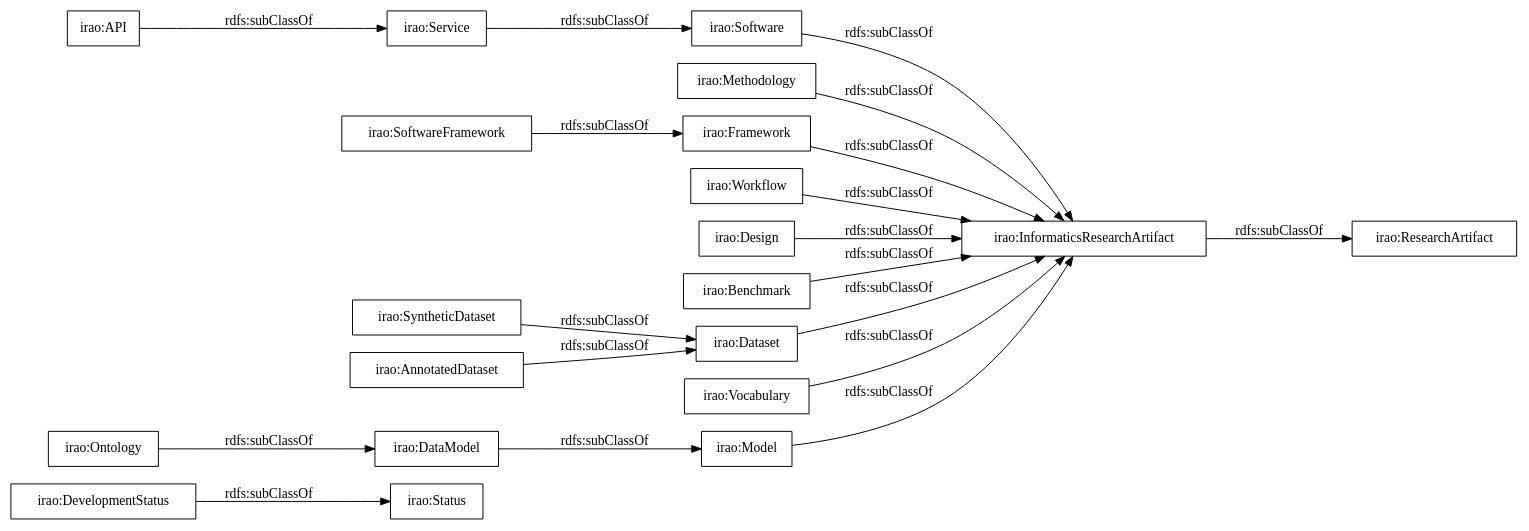
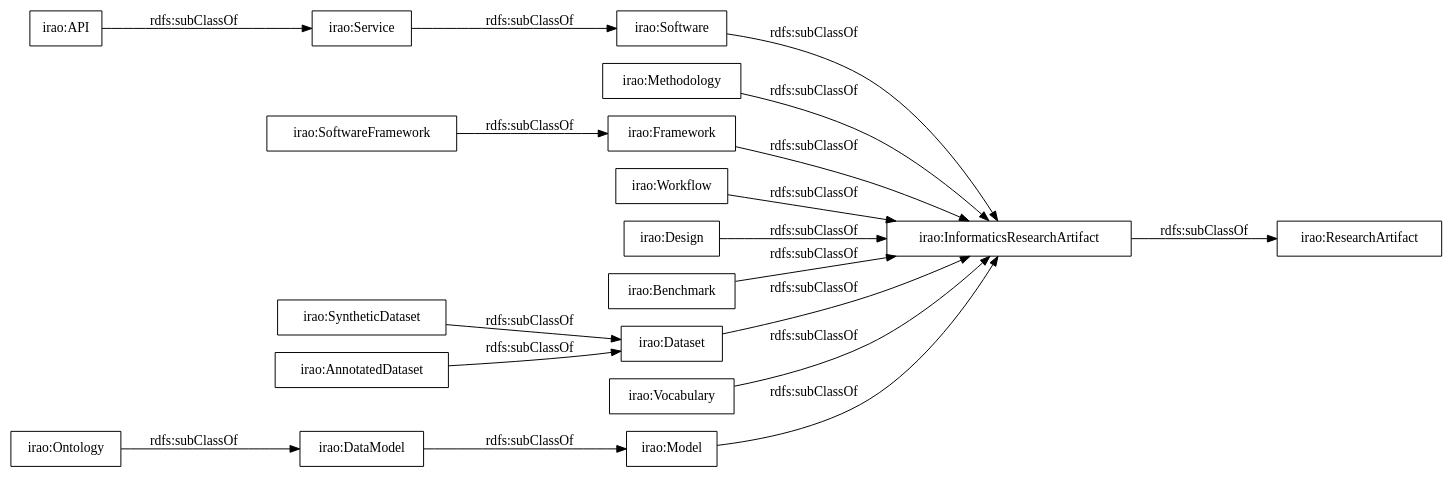
Before and after one commit to nvbach91/research-artifacts-ontology: the diagram in OnToology/irao.owl/diagrams/ar2dtool-taxonomy/irao.owl.png.dot, drawn with Graphviz. The commit also changed 23 other files, not shown here.

```diff
--- a/OnToology/irao.owl/diagrams/ar2dtool-taxonomy/irao.owl.png.dot
+++ b/OnToology/irao.owl/diagrams/ar2dtool-taxonomy/irao.owl.png.dot
@@ -1,24 +1,23 @@
 digraph ar2dtool_diagram { 
 rankdir=LR;
 size="1000"
-node [shape = rectangle, color="black"]; "irao:DevelopmentStatus" "irao:Model" "irao:Software" "irao:Methodology" "irao:API" "irao:SoftwareFramework" "irao:Framework" "irao:Workflow" "irao:ResearchArtifact" "irao:SyntheticDataset" "irao:Ontology" "irao:Design" "irao:Benchmark" "irao:AnnotatedDataset" "irao:DataModel" "irao:Dataset" "irao:Service" "irao:Vocabulary" "irao:Status" "irao:InformaticsResearchArtifact" ; /*classes style*/
+node [shape = rectangle, color="black"]; "irao:Model" "irao:Software" "irao:Methodology" "irao:API" "irao:SoftwareFramework" "irao:Framework" "irao:Workflow" "irao:ResearchArtifact" "irao:SyntheticDataset" "irao:Ontology" "irao:Design" "irao:Benchmark" "irao:AnnotatedDataset" "irao:DataModel" "irao:Dataset" "irao:Service" "irao:Vocabulary" "irao:InformaticsResearchArtifact" ; /*classes style*/
+	"irao:SoftwareFramework" -> "irao:Framework" [ label = "rdfs:subClassOf" ];
+	"irao:Benchmark" -> "irao:InformaticsResearchArtifact" [ label = "rdfs:subClassOf" ];
+	"irao:Model" -> "irao:InformaticsResearchArtifact" [ label = "rdfs:subClassOf" ];
+	"irao:Vocabulary" -> "irao:InformaticsResearchArtifact" [ label = "rdfs:subClassOf" ];
+	"irao:Ontology" -> "irao:DataModel" [ label = "rdfs:subClassOf" ];
+	"irao:SyntheticDataset" -> "irao:Dataset" [ label = "rdfs:subClassOf" ];
+	"irao:API" -> "irao:Service" [ label = "rdfs:subClassOf" ];
+	"irao:InformaticsResearchArtifact" -> "irao:ResearchArtifact" [ label = "rdfs:subClassOf" ];
 	"irao:Workflow" -> "irao:InformaticsResearchArtifact" [ label = "rdfs:subClassOf" ];
-	"irao:API" -> "irao:Service" [ label = "rdfs:subClassOf" ];
+	"irao:AnnotatedDataset" -> "irao:Dataset" [ label = "rdfs:subClassOf" ];
+	"irao:DataModel" -> "irao:Model" [ label = "rdfs:subClassOf" ];
 	"irao:Methodology" -> "irao:InformaticsResearchArtifact" [ label = "rdfs:subClassOf" ];
-	"irao:Benchmark" -> "irao:InformaticsResearchArtifact" [ label = "rdfs:subClassOf" ];
+	"irao:Framework" -> "irao:InformaticsResearchArtifact" [ label = "rdfs:subClassOf" ];
+	"irao:Service" -> "irao:Software" [ label = "rdfs:subClassOf" ];
+	"irao:Dataset" -> "irao:InformaticsResearchArtifact" [ label = "rdfs:subClassOf" ];
 	"irao:Design" -> "irao:InformaticsResearchArtifact" [ label = "rdfs:subClassOf" ];
-	"irao:Ontology" -> "irao:DataModel" [ label = "rdfs:subClassOf" ];
-	"irao:Dataset" -> "irao:InformaticsResearchArtifact" [ label = "rdfs:subClassOf" ];
-	"irao:SoftwareFramework" -> "irao:Framework" [ label = "rdfs:subClassOf" ];
-	"irao:DataModel" -> "irao:Model" [ label = "rdfs:subClassOf" ];
-	"irao:AnnotatedDataset" -> "irao:Dataset" [ label = "rdfs:subClassOf" ];
-	"irao:Vocabulary" -> "irao:InformaticsResearchArtifact" [ label = "rdfs:subClassOf" ];
-	"irao:Framework" -> "irao:InformaticsResearchArtifact" [ label = "rdfs:subClassOf" ];
-	"irao:InformaticsResearchArtifact" -> "irao:ResearchArtifact" [ label = "rdfs:subClassOf" ];
-	"irao:SyntheticDataset" -> "irao:Dataset" [ label = "rdfs:subClassOf" ];
-	"irao:DevelopmentStatus" -> "irao:Status" [ label = "rdfs:subClassOf" ];
-	"irao:Model" -> "irao:InformaticsResearchArtifact" [ label = "rdfs:subClassOf" ];
-	"irao:Service" -> "irao:Software" [ label = "rdfs:subClassOf" ];
 	"irao:Software" -> "irao:InformaticsResearchArtifact" [ label = "rdfs:subClassOf" ];
 
 }
```
